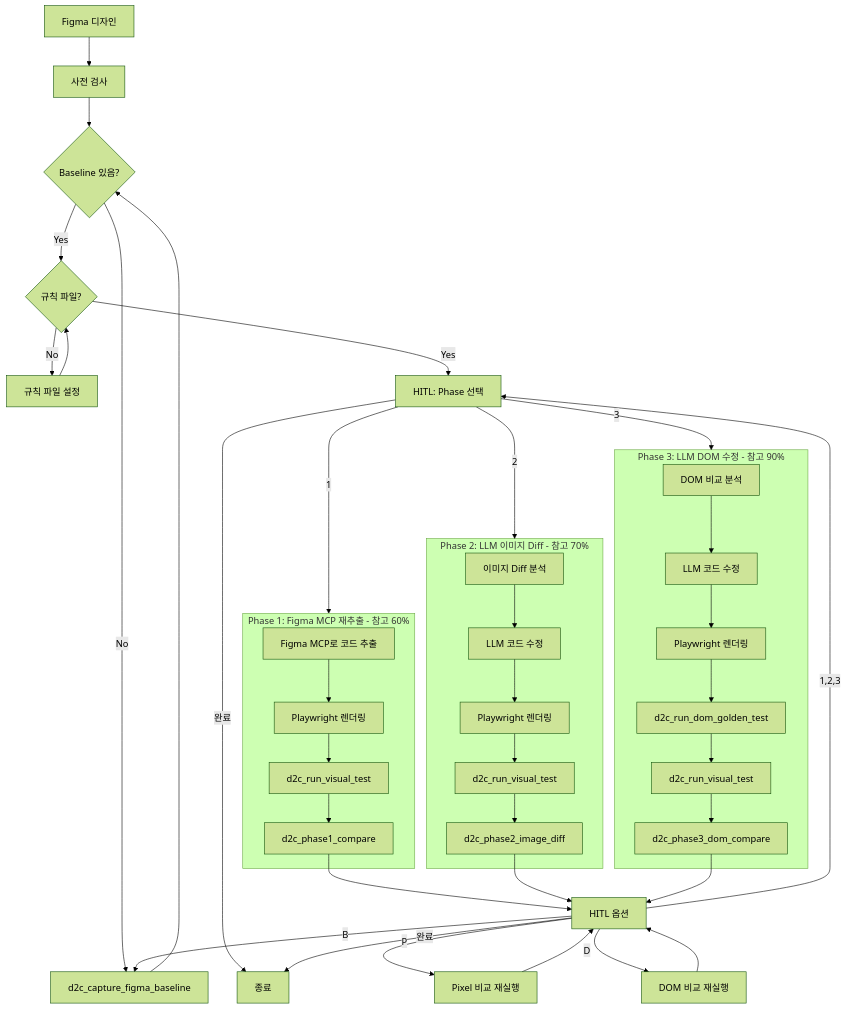
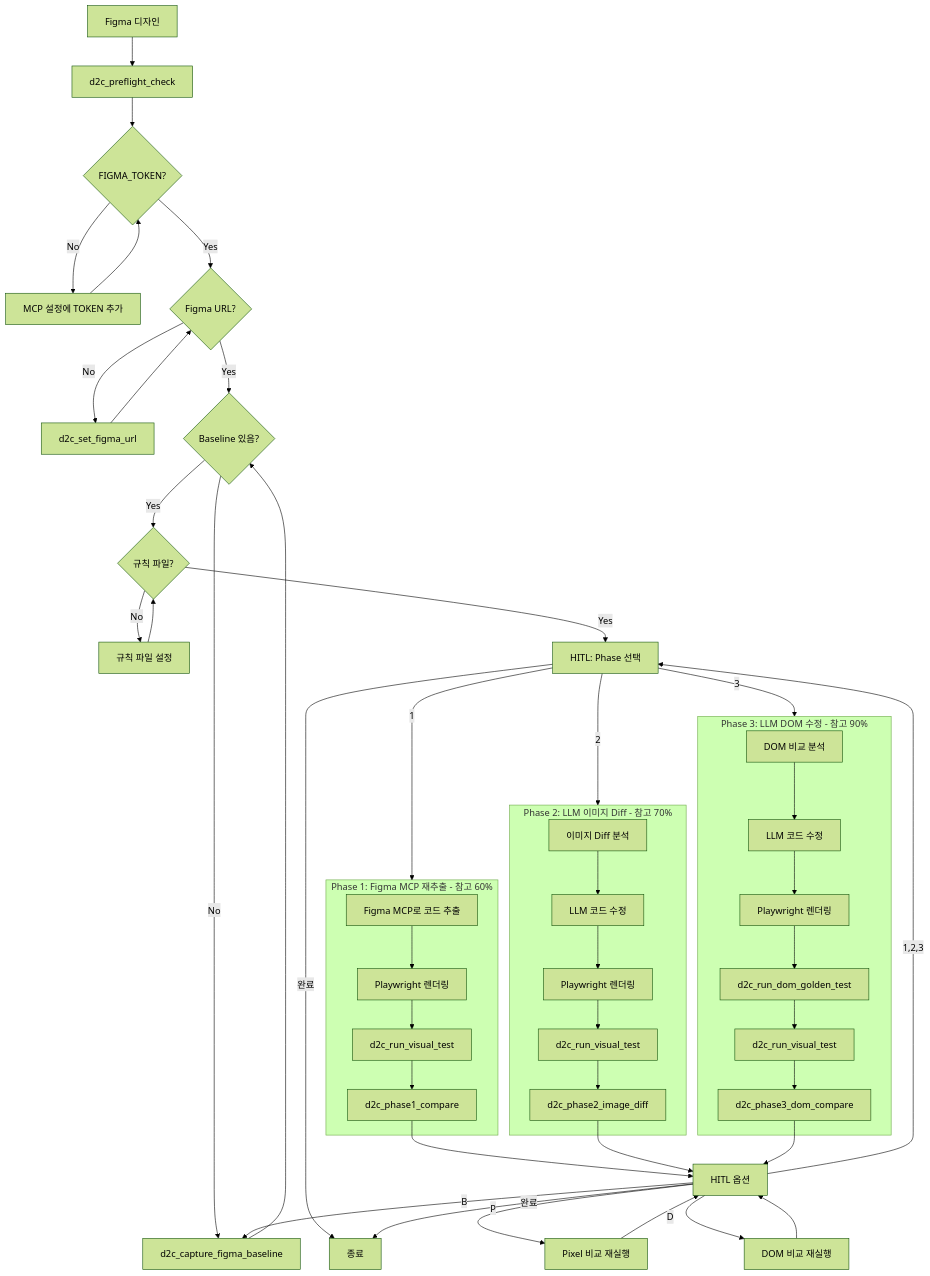
Before and after one commit to Mike-kor/syr-d2c-workflow-mcp: the first of 2 diagrams in README.md, drawn with Mermaid (forest theme). The commit also changed other lines of this file, not shown here.

Commit message:
docs: README 업데이트 - FIGMA_TOKEN/URL 필수 안내 강화

````diff
--- a/README.md
+++ b/README.md
@@ -102,59 +108,65 @@
 ```mermaid
 flowchart TD
-    Start[Figma 디자인] --> Preflight[사전 검사]
-    Preflight --> BaselineCheck{Baseline 있음?}
+    Start[Figma 디자인] --> Preflight[d2c_preflight_check]
+    Preflight --> TokenCheck{FIGMA_TOKEN?}
+    TokenCheck -->|No| SetToken[MCP 설정에 TOKEN 추가]
+    SetToken --> TokenCheck
+    TokenCheck -->|Yes| UrlCheck{Figma URL?}
+    UrlCheck -->|No| SetUrl[d2c_set_figma_url]
+    SetUrl --> UrlCheck
+    UrlCheck -->|Yes| BaselineCheck{Baseline 있음?}
     BaselineCheck -->|No| Capture[d2c_capture_figma_baseline]
     Capture --> BaselineCheck
     BaselineCheck -->|Yes| RulesCheck{규칙 파일?}
     RulesCheck -->|No| SetRules[규칙 파일 설정]
     SetRules --> RulesCheck
     RulesCheck -->|Yes| PhaseSelect[HITL: Phase 선택]
     
     subgraph Phase1 [Phase 1: Figma MCP 재추출 - 참고 60%]
         P1_Extract[Figma MCP로 코드 추출]
         P1_Render[Playwright 렌더링]
         P1_Compare[d2c_run_visual_test]
         P1_Result[d2c_phase1_compare]
         
         P1_Extract --> P1_Render --> P1_Compare --> P1_Result
     end
     
     subgraph Phase2 [Phase 2: LLM 이미지 Diff - 참고 70%]
         P2_Diff[이미지 Diff 분석]
         P2_LLM[LLM 코드 수정]
         P2_Render[Playwright 렌더링]
         P2_Compare[d2c_run_visual_test]
         P2_Result[d2c_phase2_image_diff]
         
         P2_Diff --> P2_LLM --> P2_Render --> P2_Compare --> P2_Result
     end
     
     subgraph Phase3 [Phase 3: LLM DOM 수정 - 참고 90%]
         P3_DOM[DOM 비교 분석]
         P3_LLM[LLM 코드 수정]
         P3_Render[Playwright 렌더링]
         P3_DOMTest[d2c_run_dom_golden_test]
         P3_PixelTest[d2c_run_visual_test]
         P3_Result[d2c_phase3_dom_compare]
         
         P3_DOM --> P3_LLM --> P3_Render --> P3_DOMTest --> P3_PixelTest --> P3_Result
     end
     
     PhaseSelect -->|1| Phase1
     PhaseSelect -->|2| Phase2
     PhaseSelect -->|3| Phase3
     PhaseSelect -->|완료| Done[종료]
     
     P1_Result --> HITL[HITL 옵션]
     P2_Result --> HITL
     P3_Result --> HITL
     
     HITL -->|1,2,3| PhaseSelect
     HITL -->|P| RePixel[Pixel 비교 재실행]
     HITL -->|D| ReDOM[DOM 비교 재실행]
     HITL -->|B| Capture
     HITL -->|완료| Done
     
     RePixel --> HITL
     ReDOM --> HITL
 ```
````
